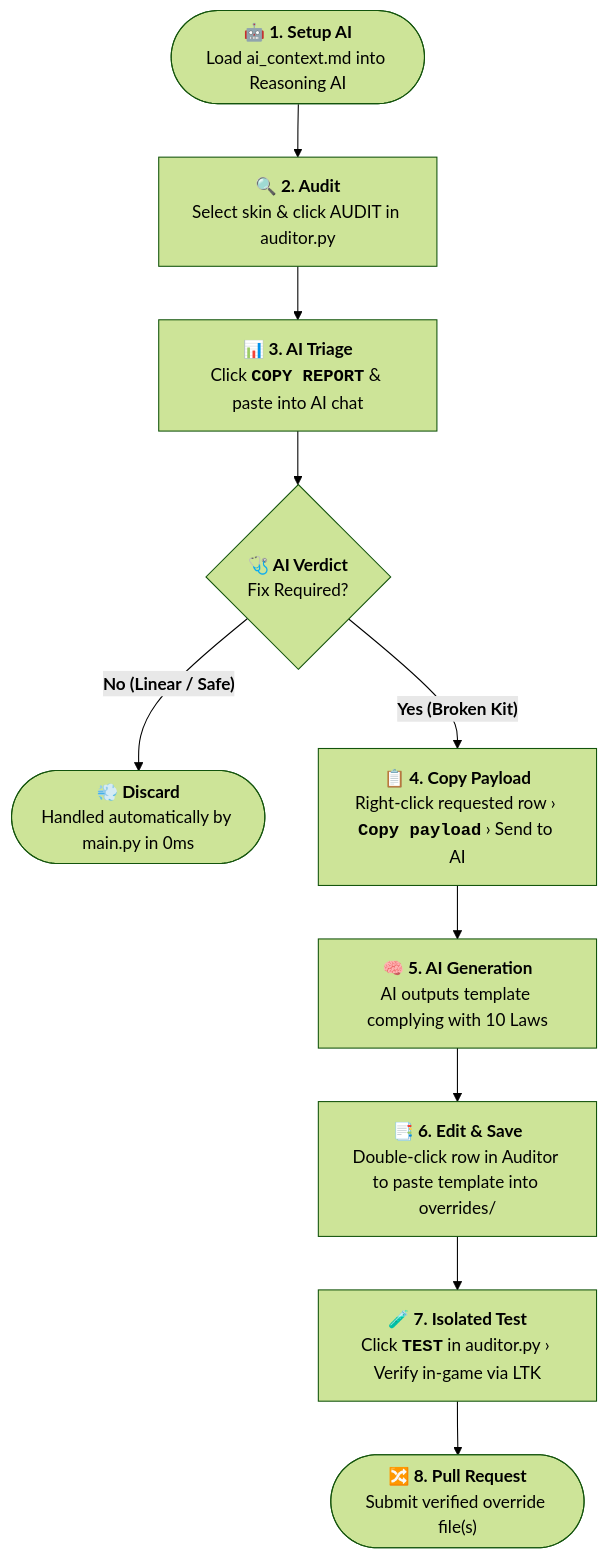
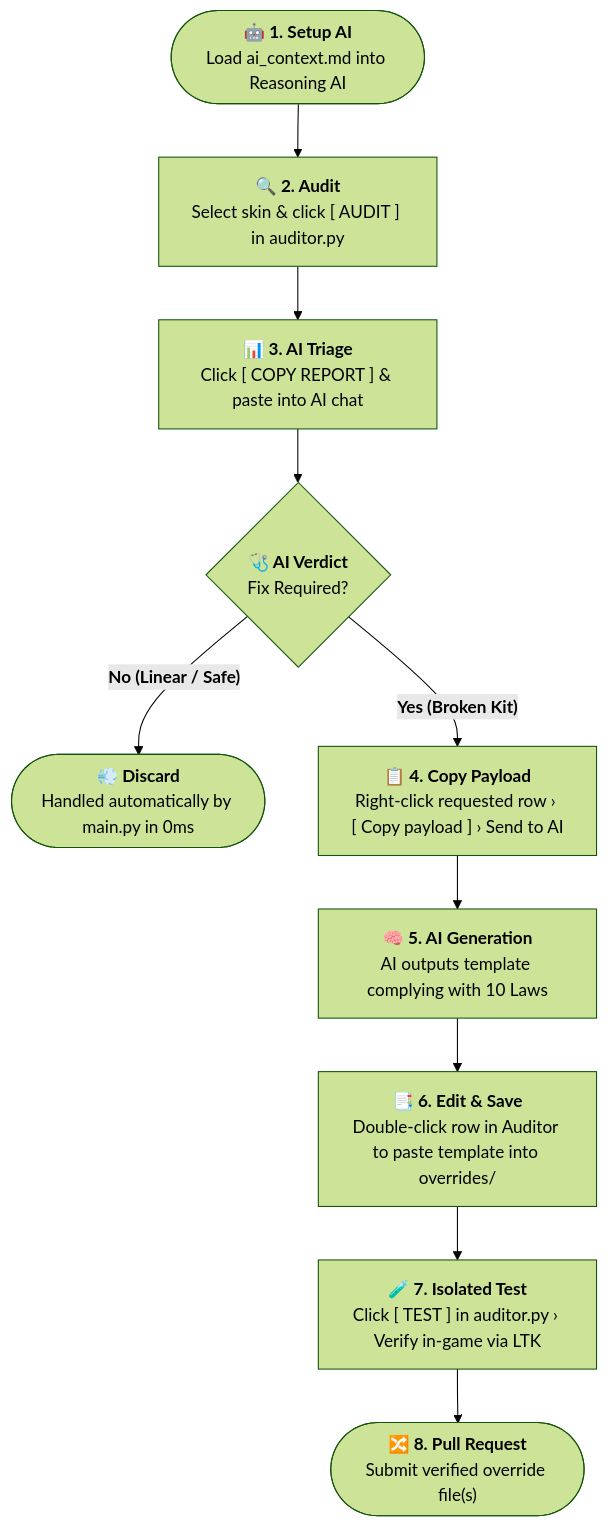
One commit to gsmeven/vanilla-true-builder changed the diagram in CONTRIBUTING.md. Above: the diagram before and after it, drawn with Mermaid (forest theme).

Commit message:
release: v1.8.3

````diff
--- a/CONTRIBUTING.md
+++ b/CONTRIBUTING.md
@@ -23,12 +23,12 @@
 ```mermaid
 flowchart TD
-    A(["<b>🤖 1. Setup AI</b>\nLoad ai_context.md into Reasoning AI"]) --> B["<b>🔍 2. Audit</b>\nSelect skin & click AUDIT in auditor.py"]
-    B --> C["<b>📊 3. AI Triage</b>\nClick <code><b>COPY REPORT</code></b> & paste into AI chat"]
+    A(["<b>🤖 1. Setup AI</b>\nLoad ai_context.md into Reasoning AI"]) --> B["<b>🔍 2. Audit</b>\nSelect skin & click [ AUDIT ] in auditor.py"]
+    B --> C["<b>📊 3. AI Triage</b>\nClick [ COPY REPORT ] & paste into AI chat"]
     C --> D{"<b>🩺 AI Verdict</b>\nFix Required?"}
     D -- "<b>No (Linear / Safe)</b>" --> E(["<b>💨 Discard</b>\nHandled automatically by main.py in 0ms"])
-    D -- "<b>Yes (Broken Kit)</b>" --> F["<b>📋 4. Copy Payload</b>\nRight-click requested row › <code><b>Copy payload</code></b> › Send to AI"]
+    D -- "<b>Yes (Broken Kit)</b>" --> F["<b>📋 4. Copy Payload</b>\nRight-click requested row › [ Copy payload ] › Send to AI"]
     F --> G["<b>🧠 5. AI Generation</b>\nAI outputs template complying with 10 Laws"]
     G --> H["<b>📑 6. Edit & Save</b>\nDouble-click row in Auditor to paste template into overrides/"]
-    H --> I["<b>🧪 7. Isolated Test</b>\nClick <code><b>TEST</b></code> in auditor.py › Verify in-game via LTK"]
+    H --> I["<b>🧪 7. Isolated Test</b>\nClick [ TEST ] in auditor.py › Verify in-game via LTK"]
     I --> J(["<b>🔀 8. Pull Request</b>\nSubmit verified override file(s)"])
 ```
````
